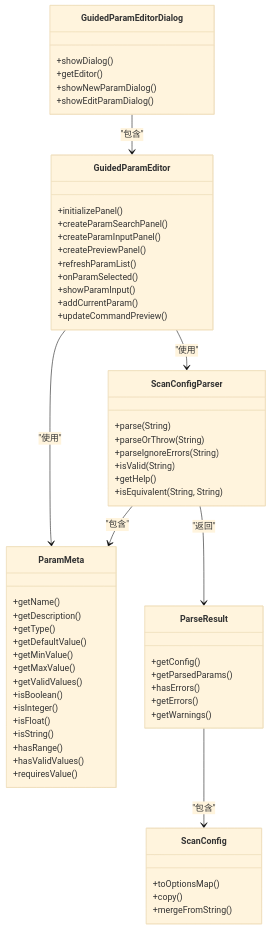
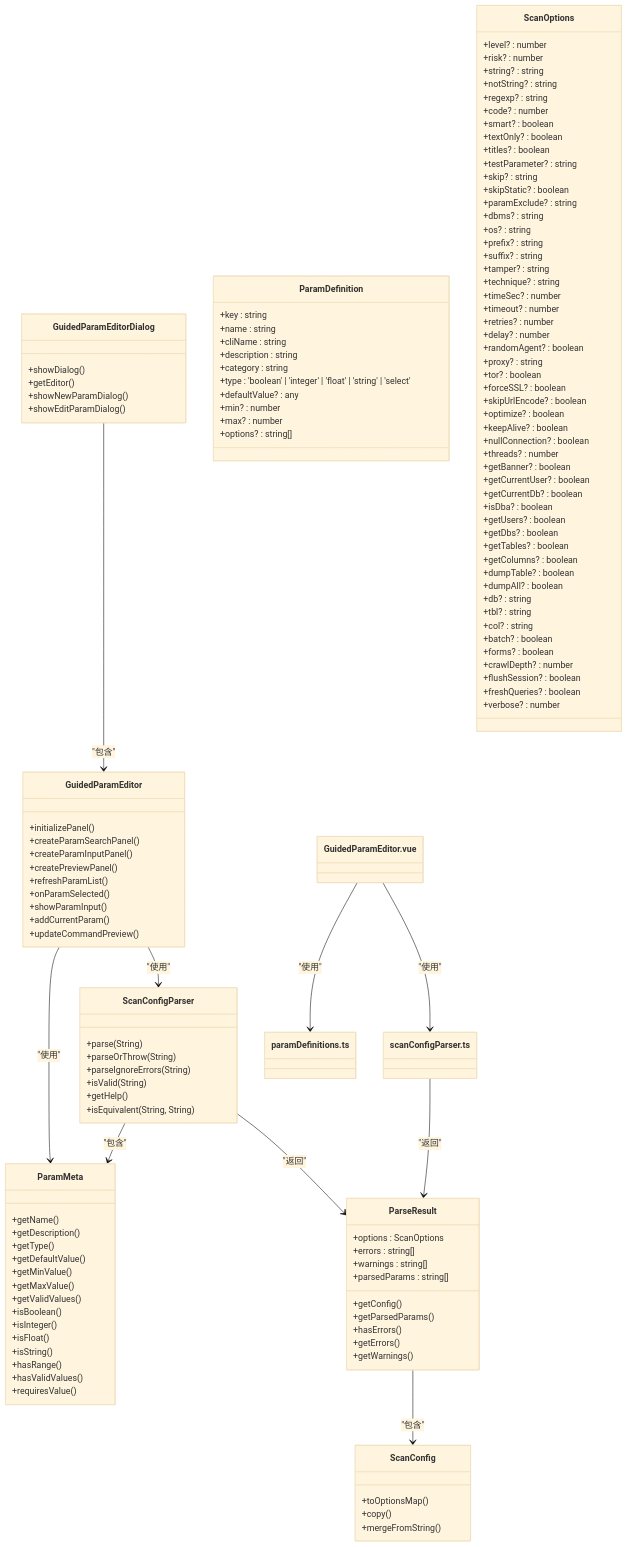
The second of 6 diagrams in .qoder/repowiki/zh/content/业务逻辑层/引导式参数编辑器.md (GitHubNull/sqlmapWebUI), drawn with Mermaid (base theme) before and after one commit. The commit also changed other lines of this file and 9 other files, not shown here.

````diff
--- a/.qoder/repowiki/zh/content/业务逻辑层/引导式参数编辑器.md
+++ b/.qoder/repowiki/zh/content/业务逻辑层/引导式参数编辑器.md
@@ -142,10 +147,84 @@
 +copy()
 +mergeFromString()
 }
+class ParamDefinition {
++key : string
++name : string
++cliName : string
++description : string
++category : string
++type : 'boolean' | 'integer' | 'float' | 'string' | 'select'
++defaultValue? : any
++min? : number
++max? : number
++options? : string[]
+}
+class ScanOptions {
++level? : number
++risk? : number
++string? : string
++notString? : string
++regexp? : string
++code? : number
++smart? : boolean
++textOnly? : boolean
++titles? : boolean
++testParameter? : string
++skip? : string
++skipStatic? : boolean
++paramExclude? : string
++dbms? : string
++os? : string
++prefix? : string
++suffix? : string
++tamper? : string
++technique? : string
++timeSec? : number
++timeout? : number
++retries? : number
++delay? : number
++randomAgent? : boolean
++proxy? : string
++tor? : boolean
++forceSSL? : boolean
++skipUrlEncode? : boolean
++optimize? : boolean
++keepAlive? : boolean
++nullConnection? : boolean
++threads? : number
++getBanner? : boolean
++getCurrentUser? : boolean
++getCurrentDb? : boolean
++isDba? : boolean
++getUsers? : boolean
++getDbs? : boolean
++getTables? : boolean
++getColumns? : boolean
++dumpTable? : boolean
++dumpAll? : boolean
++db? : string
++tbl? : string
++col? : string
++batch? : boolean
++forms? : boolean
++crawlDepth? : number
++flushSession? : boolean
++freshQueries? : boolean
++verbose? : number
+}
+class ParseResult {
++options : ScanOptions
++errors : string[]
++warnings : string[]
++parsedParams : string[]
+}
 GuidedParamEditor --> ScanConfigParser : "使用"
 GuidedParamEditor --> ParamMeta : "使用"
 GuidedParamEditorDialog --> GuidedParamEditor : "包含"
 ScanConfigParser --> ParamMeta : "包含"
 ScanConfigParser --> ParseResult : "返回"
 ParseResult --> ScanConfig : "包含"
+GuidedParamEditor.vue --> scanConfigParser.ts : "使用"
+GuidedParamEditor.vue --> paramDefinitions.ts : "使用"
+scanConfigParser.ts --> ParseResult : "返回"
 ```
````
